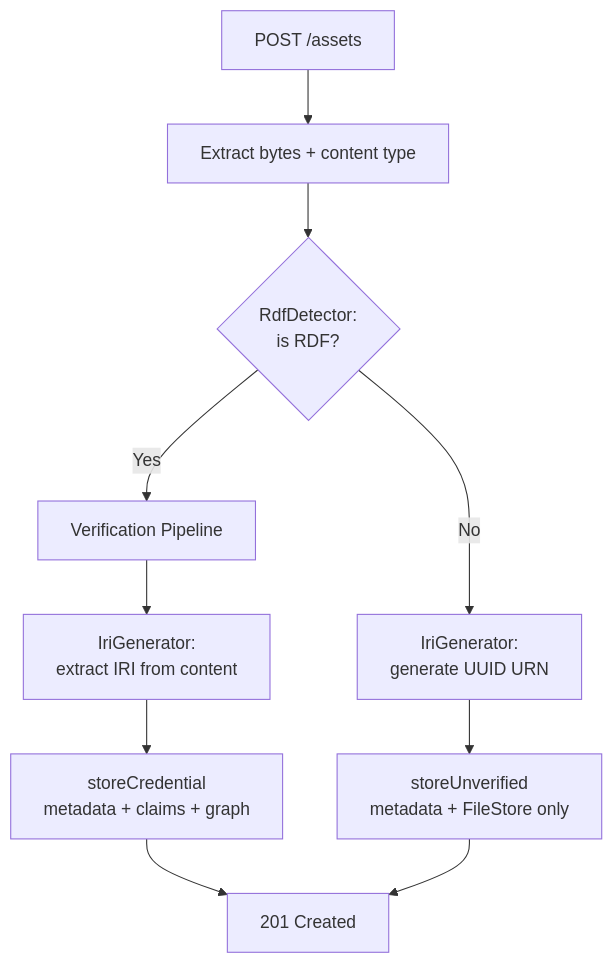
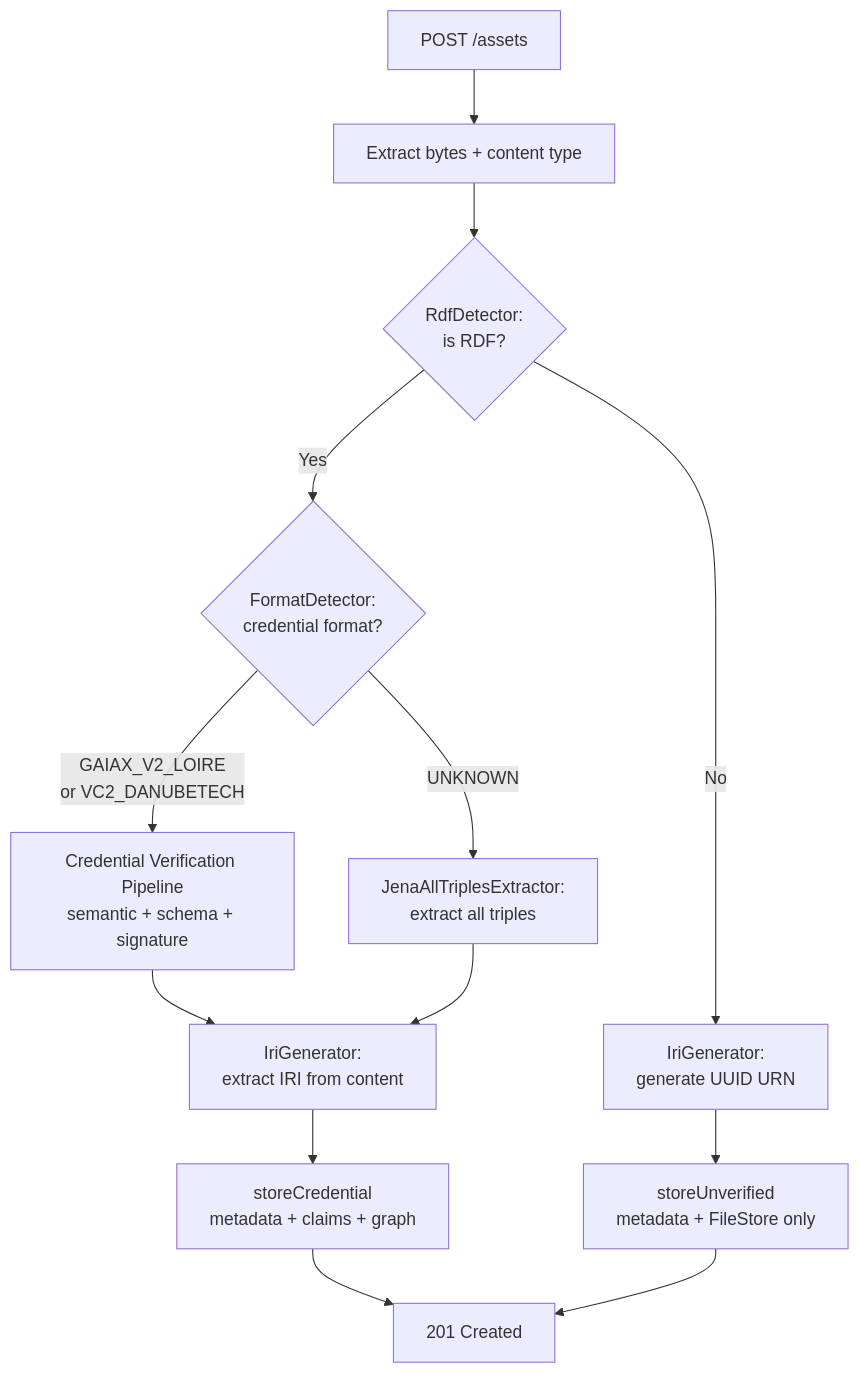
Before and after one commit to federated-catalogue-enhancements-2026/docs: diagram 12 of 13 in federated-catalogue/src/docs/architecture/chapters/05_building_block_view.adoc, drawn with Mermaid. The commit also changed other lines of this file and 3 other files, not shown here.

First line of the commit message:
feat(CAT-FR-GD-02): document non-credential RDF extraction (#20)

```diff
--- a/federated-catalogue/src/docs/architecture/chapters/05_building_block_view.adoc
+++ b/federated-catalogue/src/docs/architecture/chapters/05_building_block_view.adoc
@@ -1216,13 +1271,16 @@
 [mermaid, width=2000]
 ....
 flowchart TD
     Upload[POST /assets] --> Extract[Extract bytes + content type]
     Extract --> Detect{RdfDetector:\nis RDF?}
-    Detect -->|Yes| Verify[Verification Pipeline]
-    Verify --> IriRdf[IriGenerator:\nextract IRI from content]
+    Detect -->|Yes| Format{FormatDetector:\ncredential format?}
+    Format -->|GAIAX_V2_LOIRE\nor VC2_DANUBETECH| VerifyCred[Credential Verification Pipeline\nsemantic + schema + signature]
+    Format -->|UNKNOWN| ExtractAll[JenaAllTriplesExtractor:\nextract all triples]
+    VerifyCred --> IriRdf[IriGenerator:\nextract IRI from content]
+    ExtractAll --> IriRdf
     IriRdf --> StoreCred[storeCredential\nmetadata + claims + graph]
     Detect -->|No| IriNon[IriGenerator:\ngenerate UUID URN]
     IriNon --> StoreAsset[storeUnverified\nmetadata + FileStore only]
     StoreCred --> Response[201 Created]
     StoreAsset --> Response
 ....
```
